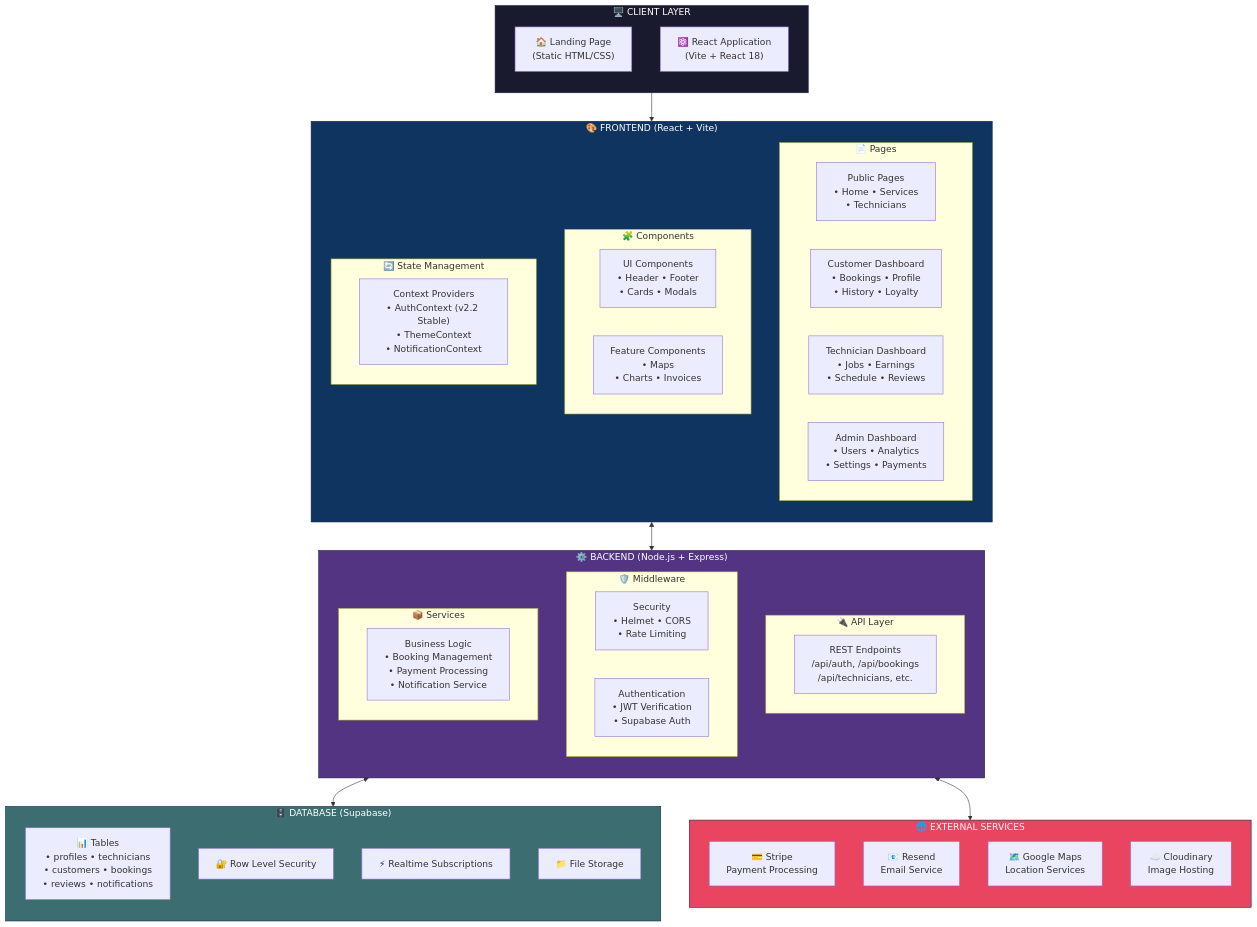
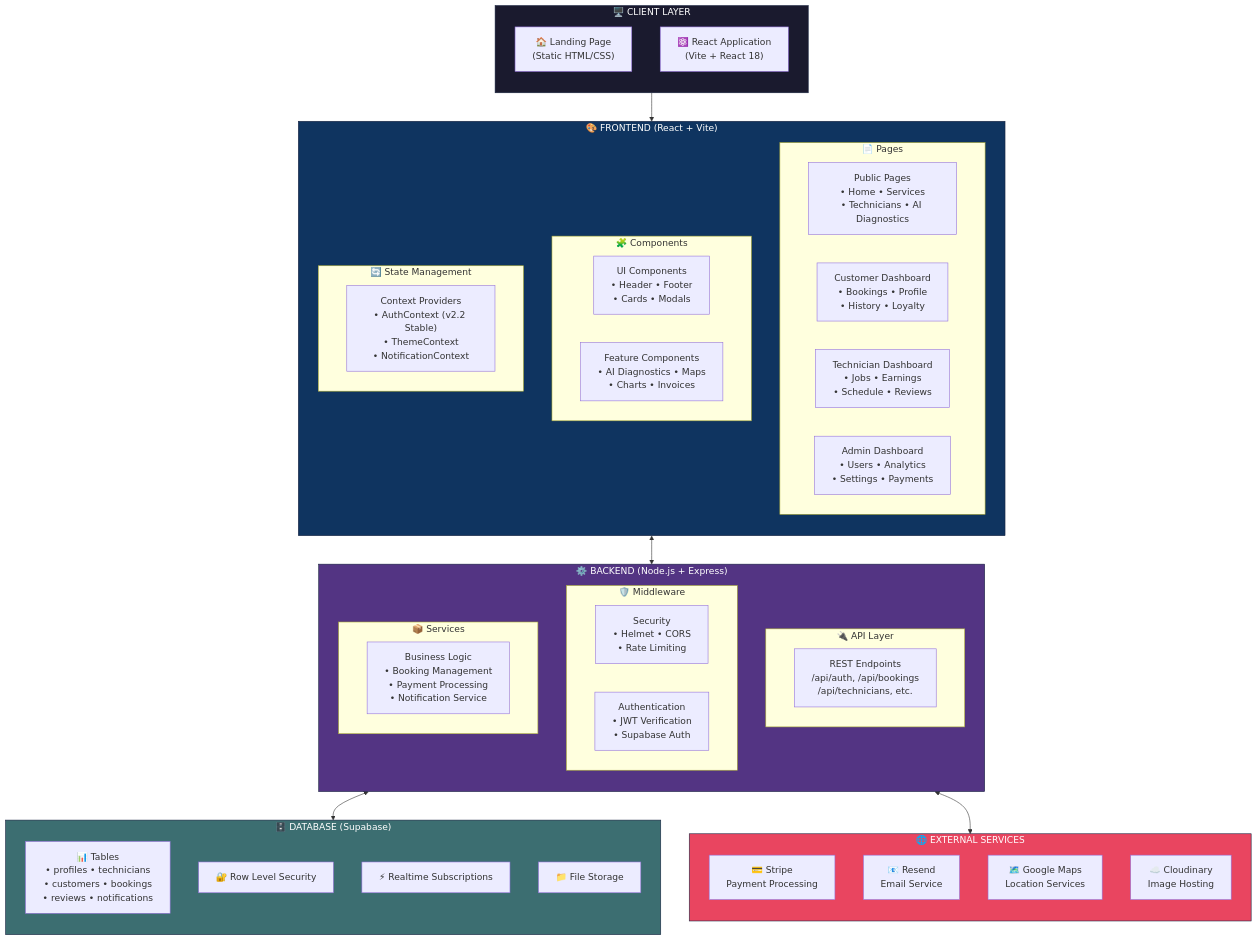
One commit to Irchika774/Tech-Care_official changed the first of 13 diagrams in README.md. Above: the diagram before and after it, drawn with Mermaid. The commit also changed other lines of this file and 5 other files, not shown here.

````diff
--- a/README.md
+++ b/README.md
@@ -138,66 +46,66 @@
 ```mermaid
 flowchart TB
     subgraph Client["🖥️ CLIENT LAYER"]
         direction TB
         LP["🏠 Landing Page<br/>(Static HTML/CSS)"]
         RA["⚛️ React Application<br/>(Vite + React 18)"]
     end
 
     subgraph Frontend["🎨 FRONTEND (React + Vite)"]
         direction TB
         subgraph Pages["📄 Pages"]
-            PUB["Public Pages<br/>• Home • Services<br/>• Technicians"]
+            PUB["Public Pages<br/>• Home • Services<br/>• Technicians • AI Diagnostics"]
             CUST["Customer Dashboard<br/>• Bookings • Profile<br/>• History • Loyalty"]
             TECH["Technician Dashboard<br/>• Jobs • Earnings<br/>• Schedule • Reviews"]
             ADM["Admin Dashboard<br/>• Users • Analytics<br/>• Settings • Payments"]
         end
         subgraph Components["🧩 Components"]
             UI["UI Components<br/>• Header • Footer<br/>• Cards • Modals"]
-            FEAT["Feature Components<br/>• Maps<br/>• Charts • Invoices"]
+            FEAT["Feature Components<br/>• AI Diagnostics • Maps<br/>• Charts • Invoices"]
         end
         subgraph State["🔄 State Management"]
             CTX["Context Providers<br/>• AuthContext (v2.2 Stable)<br/>• ThemeContext<br/>• NotificationContext"]
         end
     end
 
     subgraph Backend["⚙️ BACKEND (Node.js + Express)"]
         direction TB
         subgraph API["🔌 API Layer"]
             REST["REST Endpoints<br/>/api/auth, /api/bookings<br/>/api/technicians, etc."]
         end
         subgraph MW["🛡️ Middleware"]
             SEC["Security<br/>• Helmet • CORS<br/>• Rate Limiting"]
             AUTH["Authentication<br/>• JWT Verification<br/>• Supabase Auth"]
         end
         subgraph Services["📦 Services"]
             BIZ["Business Logic<br/>• Booking Management<br/>• Payment Processing<br/>• Notification Service"]
         end
     end
 
     subgraph Database["🗄️ DATABASE (Supabase)"]
         direction TB
         TABLES["📊 Tables<br/>• profiles • technicians<br/>• customers • bookings<br/>• reviews • notifications"]
         RLS["🔐 Row Level Security"]
         REALTIME["⚡ Realtime Subscriptions"]
         STORAGE["📁 File Storage"]
     end
 
     subgraph External["🌐 EXTERNAL SERVICES"]
         direction TB
         STRIPE["💳 Stripe<br/>Payment Processing"]
         RESEND["📧 Resend<br/>Email Service"]
         GMAPS["🗺️ Google Maps<br/>Location Services"]
         CLOUD["☁️ Cloudinary<br/>Image Hosting"]
     end
 
     Client --> Frontend
     Frontend <--> Backend
     Backend <--> Database
     Backend <--> External
 
     style Client fill:#1a1a2e,stroke:#16213e,color:#fff
     style Frontend fill:#0f3460,stroke:#16213e,color:#fff
     style Backend fill:#533483,stroke:#16213e,color:#fff
     style Database fill:#3c6e71,stroke:#16213e,color:#fff
     style External fill:#e94560,stroke:#16213e,color:#fff
 ```
````
